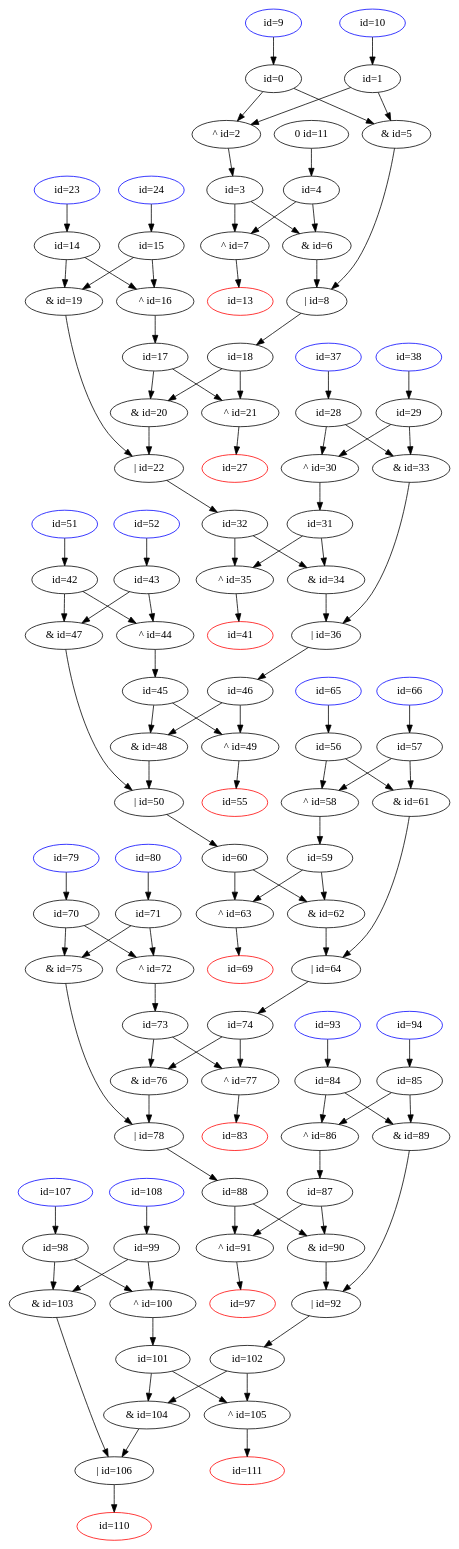
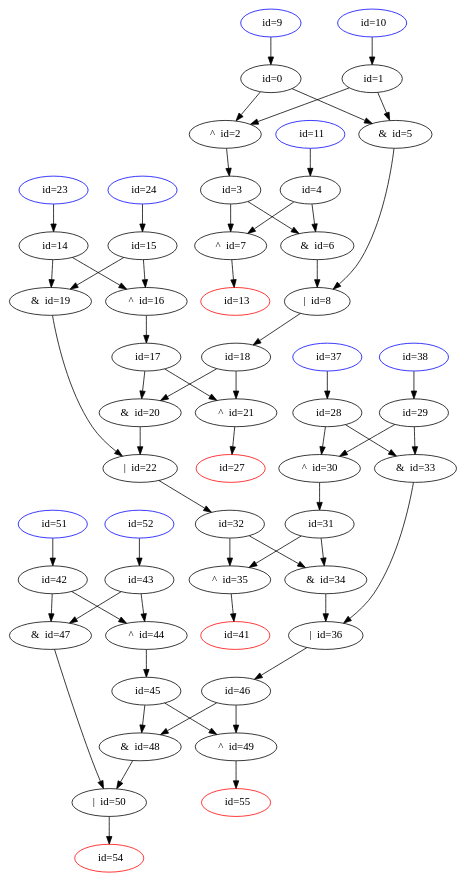
Before and after one commit to Martin-Masson/projet-graphs-python: the diagram in digraph.dot, drawn with Graphviz. The commit also changed 4 other files, not shown here.

```diff
--- a/digraph.dot
+++ b/digraph.dot
@@ -1,246 +1,127 @@
 digraph G {
     v9 [color=blue];
-    v9 [label=" id=9"];
+    v9 [label="  id=9"];
     v9 -> v0;
     v10 [color=blue];
-    v10 [label=" id=10"];
+    v10 [label="  id=10"];
     v10 -> v1;
-    v11 [label="0 id=11"];
+    v11 [color=blue];
+    v11 [label="  id=11"];
     v11 -> v4;
-    v0 [label=" id=0"];
+    v0 [label="  id=0"];
     v0 -> v2;
     v0 -> v5;
-    v1 [label=" id=1"];
+    v1 [label="  id=1"];
     v1 -> v2;
     v1 -> v5;
-    v2 [label="^ id=2"];
+    v2 [label="^  id=2"];
     v2 -> v3;
-    v3 [label=" id=3"];
+    v3 [label="  id=3"];
     v3 -> v6;
     v3 -> v7;
-    v4 [label=" id=4"];
+    v4 [label="  id=4"];
     v4 -> v6;
     v4 -> v7;
-    v5 [label="& id=5"];
+    v5 [label="&  id=5"];
     v5 -> v8;
-    v6 [label="& id=6"];
+    v6 [label="&  id=6"];
     v6 -> v8;
-    v7 [label="^ id=7"];
+    v7 [label="^  id=7"];
     v7 -> v13;
-    v8 [label="| id=8"];
+    v8 [label="|  id=8"];
     v8 -> v18;
     v13 [color=red];
-    v13 [label=" id=13"];
+    v13 [label="  id=13"];
     v23 [color=blue];
-    v23 [label=" id=23"];
+    v23 [label="  id=23"];
     v23 -> v14;
     v24 [color=blue];
-    v24 [label=" id=24"];
+    v24 [label="  id=24"];
     v24 -> v15;
-    v14 [label=" id=14"];
+    v14 [label="  id=14"];
     v14 -> v16;
     v14 -> v19;
-    v15 [label=" id=15"];
+    v15 [label="  id=15"];
     v15 -> v16;
     v15 -> v19;
-    v16 [label="^ id=16"];
+    v16 [label="^  id=16"];
     v16 -> v17;
-    v17 [label=" id=17"];
+    v17 [label="  id=17"];
     v17 -> v20;
     v17 -> v21;
-    v18 [label=" id=18"];
+    v18 [label="  id=18"];
     v18 -> v20;
     v18 -> v21;
-    v19 [label="& id=19"];
+    v19 [label="&  id=19"];
     v19 -> v22;
-    v20 [label="& id=20"];
+    v20 [label="&  id=20"];
     v20 -> v22;
-    v21 [label="^ id=21"];
+    v21 [label="^  id=21"];
     v21 -> v27;
-    v22 [label="| id=22"];
+    v22 [label="|  id=22"];
     v22 -> v32;
     v27 [color=red];
-    v27 [label=" id=27"];
+    v27 [label="  id=27"];
     v37 [color=blue];
-    v37 [label=" id=37"];
+    v37 [label="  id=37"];
     v37 -> v28;
     v38 [color=blue];
-    v38 [label=" id=38"];
+    v38 [label="  id=38"];
     v38 -> v29;
-    v28 [label=" id=28"];
+    v28 [label="  id=28"];
     v28 -> v30;
     v28 -> v33;
-    v29 [label=" id=29"];
+    v29 [label="  id=29"];
     v29 -> v30;
     v29 -> v33;
-    v30 [label="^ id=30"];
+    v30 [label="^  id=30"];
     v30 -> v31;
-    v31 [label=" id=31"];
+    v31 [label="  id=31"];
     v31 -> v34;
     v31 -> v35;
-    v32 [label=" id=32"];
+    v32 [label="  id=32"];
     v32 -> v34;
     v32 -> v35;
-    v33 [label="& id=33"];
+    v33 [label="&  id=33"];
     v33 -> v36;
-    v34 [label="& id=34"];
+    v34 [label="&  id=34"];
     v34 -> v36;
-    v35 [label="^ id=35"];
+    v35 [label="^  id=35"];
     v35 -> v41;
-    v36 [label="| id=36"];
+    v36 [label="|  id=36"];
     v36 -> v46;
     v41 [color=red];
-    v41 [label=" id=41"];
+    v41 [label="  id=41"];
     v51 [color=blue];
-    v51 [label=" id=51"];
+    v51 [label="  id=51"];
     v51 -> v42;
     v52 [color=blue];
-    v52 [label=" id=52"];
+    v52 [label="  id=52"];
     v52 -> v43;
-    v42 [label=" id=42"];
+    v42 [label="  id=42"];
     v42 -> v44;
     v42 -> v47;
-    v43 [label=" id=43"];
+    v43 [label="  id=43"];
     v43 -> v44;
     v43 -> v47;
-    v44 [label="^ id=44"];
+    v44 [label="^  id=44"];
     v44 -> v45;
-    v45 [label=" id=45"];
+    v45 [label="  id=45"];
     v45 -> v48;
     v45 -> v49;
-    v46 [label=" id=46"];
+    v46 [label="  id=46"];
     v46 -> v48;
     v46 -> v49;
-    v47 [label="& id=47"];
+    v47 [label="&  id=47"];
     v47 -> v50;
-    v48 [label="& id=48"];
+    v48 [label="&  id=48"];
     v48 -> v50;
-    v49 [label="^ id=49"];
+    v49 [label="^  id=49"];
     v49 -> v55;
-    v50 [label="| id=50"];
-    v50 -> v60;
+    v50 [label="|  id=50"];
+    v50 -> v54;
+    v54 [color=red];
+    v54 [label="  id=54"];
     v55 [color=red];
-    v55 [label=" id=55"];
-    v65 [color=blue];
-    v65 [label=" id=65"];
-    v65 -> v56;
-    v66 [color=blue];
-    v66 [label=" id=66"];
-    v66 -> v57;
-    v56 [label=" id=56"];
-    v56 -> v58;
-    v56 -> v61;
-    v57 [label=" id=57"];
-    v57 -> v58;
-    v57 -> v61;
-    v58 [label="^ id=58"];
-    v58 -> v59;
-    v59 [label=" id=59"];
-    v59 -> v62;
-    v59 -> v63;
-    v60 [label=" id=60"];
-    v60 -> v62;
-    v60 -> v63;
-    v61 [label="& id=61"];
-    v61 -> v64;
-    v62 [label="& id=62"];
-    v62 -> v64;
-    v63 [label="^ id=63"];
-    v63 -> v69;
-    v64 [label="| id=64"];
-    v64 -> v74;
-    v69 [color=red];
-    v69 [label=" id=69"];
-    v79 [color=blue];
-    v79 [label=" id=79"];
-    v79 -> v70;
-    v80 [color=blue];
-    v80 [label=" id=80"];
-    v80 -> v71;
-    v70 [label=" id=70"];
-    v70 -> v72;
-    v70 -> v75;
-    v71 [label=" id=71"];
-    v71 -> v72;
-    v71 -> v75;
-    v72 [label="^ id=72"];
-    v72 -> v73;
-    v73 [label=" id=73"];
-    v73 -> v76;
-    v73 -> v77;
-    v74 [label=" id=74"];
-    v74 -> v76;
-    v74 -> v77;
-    v75 [label="& id=75"];
-    v75 -> v78;
-    v76 [label="& id=76"];
-    v76 -> v78;
-    v77 [label="^ id=77"];
-    v77 -> v83;
-    v78 [label="| id=78"];
-    v78 -> v88;
-    v83 [color=red];
-    v83 [label=" id=83"];
-    v93 [color=blue];
-    v93 [label=" id=93"];
-    v93 -> v84;
-    v94 [color=blue];
-    v94 [label=" id=94"];
-    v94 -> v85;
-    v84 [label=" id=84"];
-    v84 -> v86;
-    v84 -> v89;
-    v85 [label=" id=85"];
-    v85 -> v86;
-    v85 -> v89;
-    v86 [label="^ id=86"];
-    v86 -> v87;
-    v87 [label=" id=87"];
-    v87 -> v90;
-    v87 -> v91;
-    v88 [label=" id=88"];
-    v88 -> v90;
-    v88 -> v91;
-    v89 [label="& id=89"];
-    v89 -> v92;
-    v90 [label="& id=90"];
-    v90 -> v92;
-    v91 [label="^ id=91"];
-    v91 -> v97;
-    v92 [label="| id=92"];
-    v92 -> v102;
-    v97 [color=red];
-    v97 [label=" id=97"];
-    v107 [color=blue];
-    v107 [label=" id=107"];
-    v107 -> v98;
-    v108 [color=blue];
-    v108 [label=" id=108"];
-    v108 -> v99;
-    v98 [label=" id=98"];
-    v98 -> v100;
-    v98 -> v103;
-    v99 [label=" id=99"];
-    v99 -> v100;
-    v99 -> v103;
-    v100 [label="^ id=100"];
-    v100 -> v101;
-    v101 [label=" id=101"];
-    v101 -> v104;
-    v101 -> v105;
-    v102 [label=" id=102"];
-    v102 -> v104;
-    v102 -> v105;
-    v103 [label="& id=103"];
-    v103 -> v106;
-    v104 [label="& id=104"];
-    v104 -> v106;
-    v105 [label="^ id=105"];
-    v105 -> v111;
-    v106 [label="| id=106"];
-    v106 -> v110;
-    v110 [color=red];
-    v110 [label=" id=110"];
-    v111 [color=red];
-    v111 [label=" id=111"];
+    v55 [label="  id=55"];
 }
```
